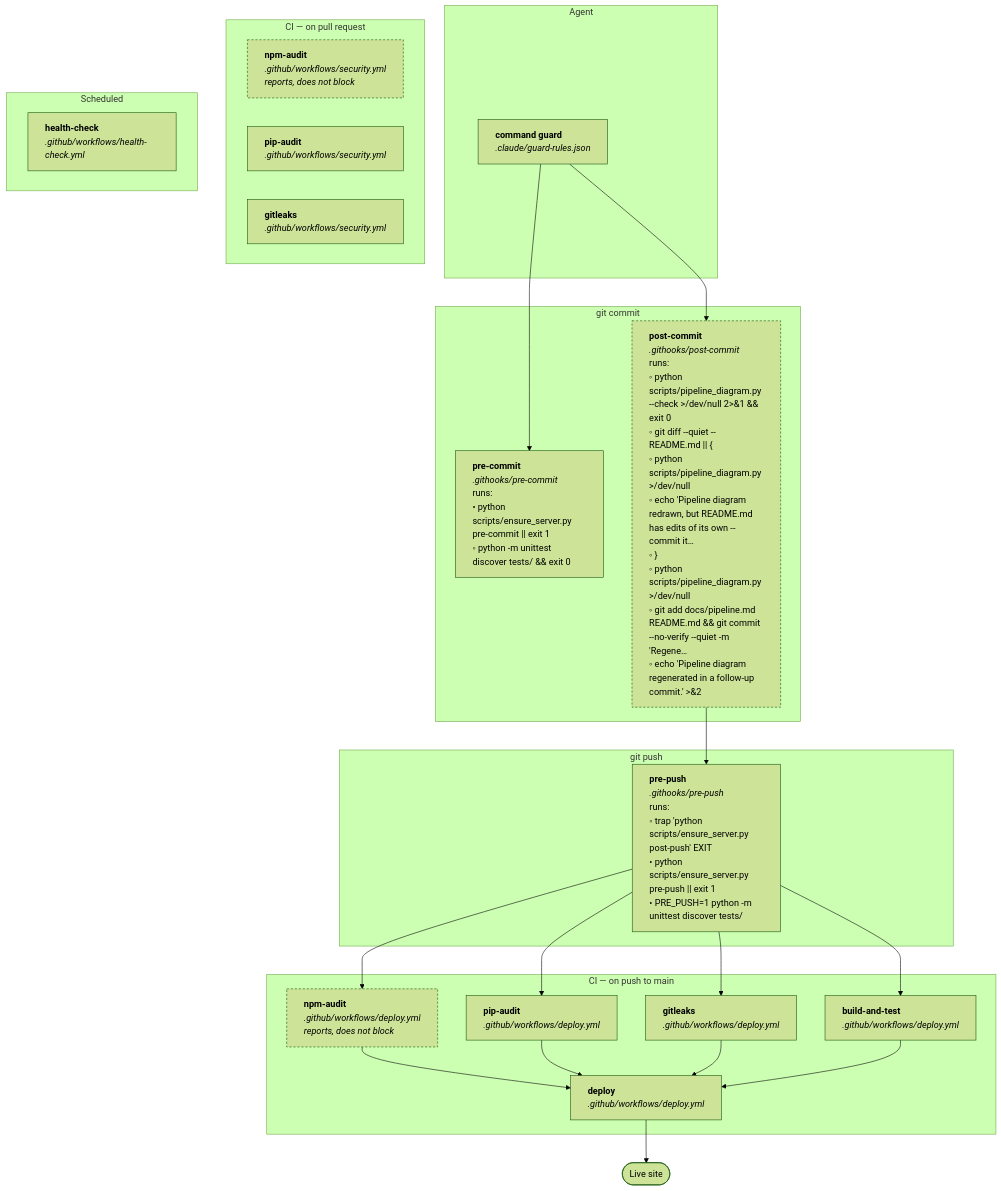
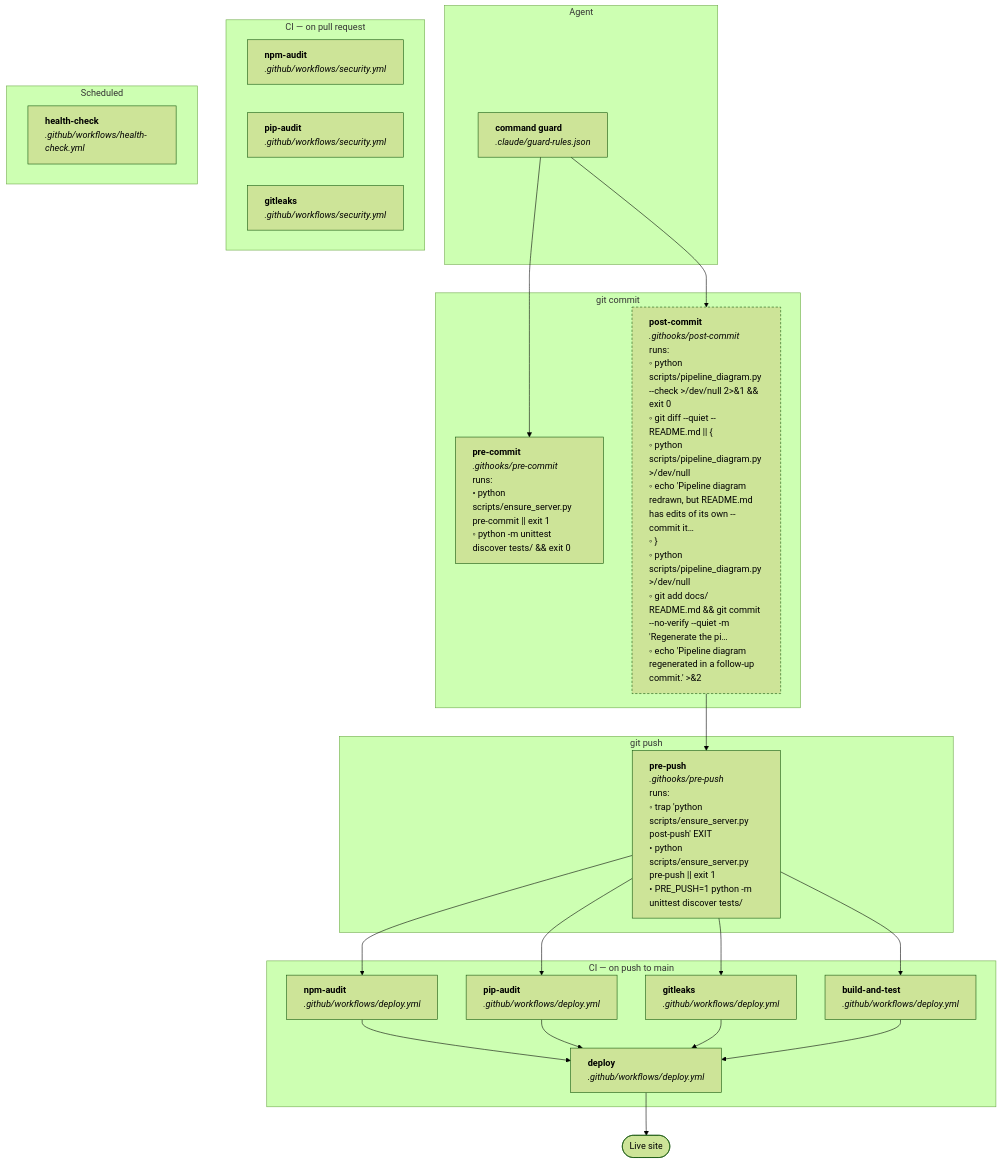
Before and after one commit to buedaswag/landing-page: the diagram in docs/pipeline.md, drawn with Mermaid (forest theme). The commit also changed 3 other files, not shown here.

First line of the commit message:
Regenerate the pipeline diagram

````diff
--- a/docs/pipeline.md
+++ b/docs/pipeline.md
@@ -13,43 +13,43 @@
 ```mermaid
 graph TD
     subgraph agent["Agent"]
         command_guard["<div style='text-align:left'><b>command guard</b><br/><i>.claude/guard-rules.json</i></div>"]
     end
     subgraph commit["git commit"]
         pre_commit["<div style='text-align:left'><b>pre-commit</b><br/><i>.githooks/pre-commit</i><br/>runs:<br/>• python scripts/ensure_server.py pre-commit #124;#124; exit 1<br/>◦ python -m unittest discover tests/ && exit 0</div>"]
-        post_commit["<div style='text-align:left'><b>post-commit</b><br/><i>.githooks/post-commit</i><br/>runs:<br/>◦ python scripts/pipeline_diagram.py --check >/dev/null 2>&1 && exit 0<br/>◦ git diff --quiet -- README.md #124;#124; #123;<br/>◦ python scripts/pipeline_diagram.py >/dev/null<br/>◦ echo 'Pipeline diagram redrawn, but README.md has edits of its own -- commit it…<br/>◦ #125;<br/>◦ python scripts/pipeline_diagram.py >/dev/null<br/>◦ git add docs/pipeline.md README.md && git commit --no-verify --quiet -m 'Regene…<br/>◦ echo 'Pipeline diagram regenerated in a follow-up commit.' >&2</div>"]
+        post_commit["<div style='text-align:left'><b>post-commit</b><br/><i>.githooks/post-commit</i><br/>runs:<br/>◦ python scripts/pipeline_diagram.py --check >/dev/null 2>&1 && exit 0<br/>◦ git diff --quiet -- README.md #124;#124; #123;<br/>◦ python scripts/pipeline_diagram.py >/dev/null<br/>◦ echo 'Pipeline diagram redrawn, but README.md has edits of its own -- commit it…<br/>◦ #125;<br/>◦ python scripts/pipeline_diagram.py >/dev/null<br/>◦ git add docs/ README.md && git commit --no-verify --quiet -m 'Regenerate the pi…<br/>◦ echo 'Pipeline diagram regenerated in a follow-up commit.' >&2</div>"]
     end
     subgraph push["git push"]
         pre_push["<div style='text-align:left'><b>pre-push</b><br/><i>.githooks/pre-push</i><br/>runs:<br/>◦ trap 'python scripts/ensure_server.py post-push' EXIT<br/>• python scripts/ensure_server.py pre-push #124;#124; exit 1<br/>• PRE_PUSH=1 python -m unittest discover tests/</div>"]
     end
     subgraph ci["CI — on push to main"]
-        deploy_npm_audit["<div style='text-align:left'><b>npm-audit</b><br/><i>.github/workflows/deploy.yml</i><br/><i>reports, does not block</i></div>"]
+        deploy_npm_audit["<div style='text-align:left'><b>npm-audit</b><br/><i>.github/workflows/deploy.yml</i></div>"]
         deploy_pip_audit["<div style='text-align:left'><b>pip-audit</b><br/><i>.github/workflows/deploy.yml</i></div>"]
         deploy_gitleaks["<div style='text-align:left'><b>gitleaks</b><br/><i>.github/workflows/deploy.yml</i></div>"]
         deploy_build_and_test["<div style='text-align:left'><b>build-and-test</b><br/><i>.github/workflows/deploy.yml</i></div>"]
         deploy_deploy["<div style='text-align:left'><b>deploy</b><br/><i>.github/workflows/deploy.yml</i></div>"]
     end
     subgraph pr["CI — on pull request"]
-        security_npm_audit["<div style='text-align:left'><b>npm-audit</b><br/><i>.github/workflows/security.yml</i><br/><i>reports, does not block</i></div>"]
+        security_npm_audit["<div style='text-align:left'><b>npm-audit</b><br/><i>.github/workflows/security.yml</i></div>"]
         security_pip_audit["<div style='text-align:left'><b>pip-audit</b><br/><i>.github/workflows/security.yml</i></div>"]
         security_gitleaks["<div style='text-align:left'><b>gitleaks</b><br/><i>.github/workflows/security.yml</i></div>"]
     end
     subgraph scheduled["Scheduled"]
         health_check_health_check["<div style='text-align:left'><b>health-check</b><br/><i>.github/workflows/health-check.yml</i></div>"]
     end
     live(["Live site"])
     command_guard --> pre_commit
     command_guard --> post_commit
     post_commit --> pre_push
     pre_push --> deploy_npm_audit
     pre_push --> deploy_pip_audit
     pre_push --> deploy_gitleaks
     pre_push --> deploy_build_and_test
     deploy_npm_audit --> deploy_deploy
     deploy_pip_audit --> deploy_deploy
     deploy_gitleaks --> deploy_deploy
     deploy_build_and_test --> deploy_deploy
     deploy_deploy --> live
     classDef reports stroke-dasharray: 4 3
-    class post_commit,deploy_npm_audit,security_npm_audit reports
+    class post_commit reports
 ```
````
